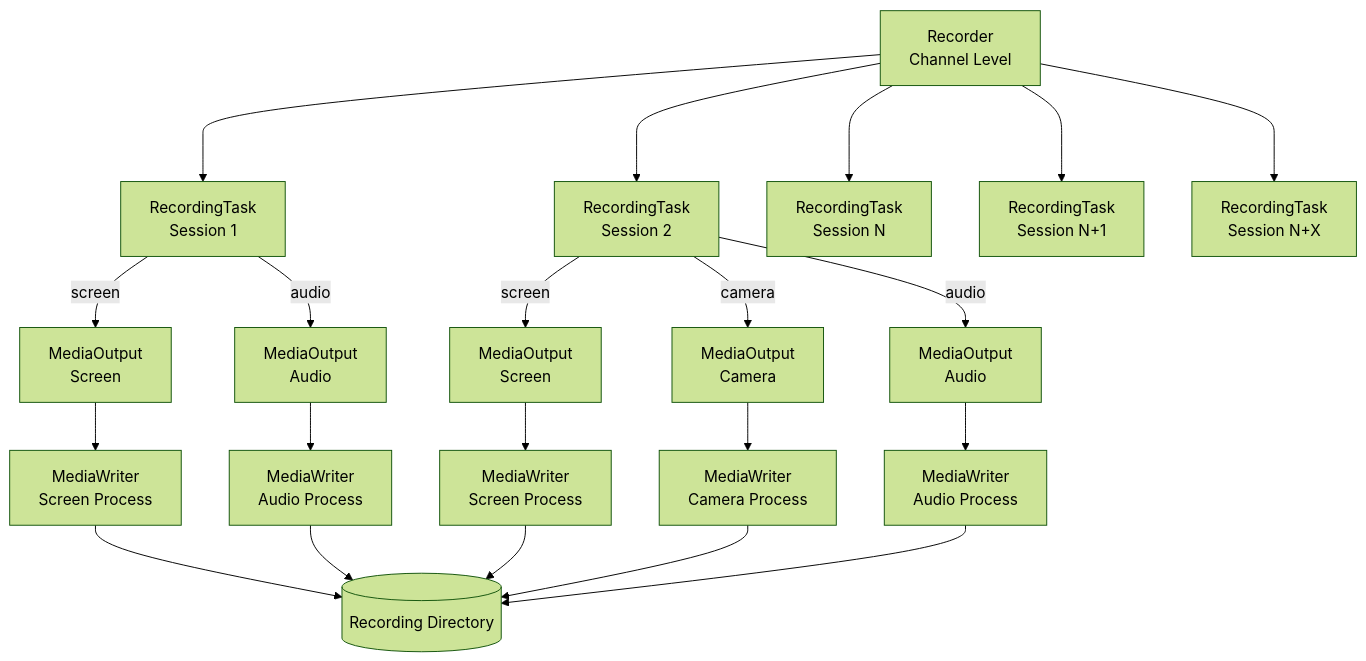
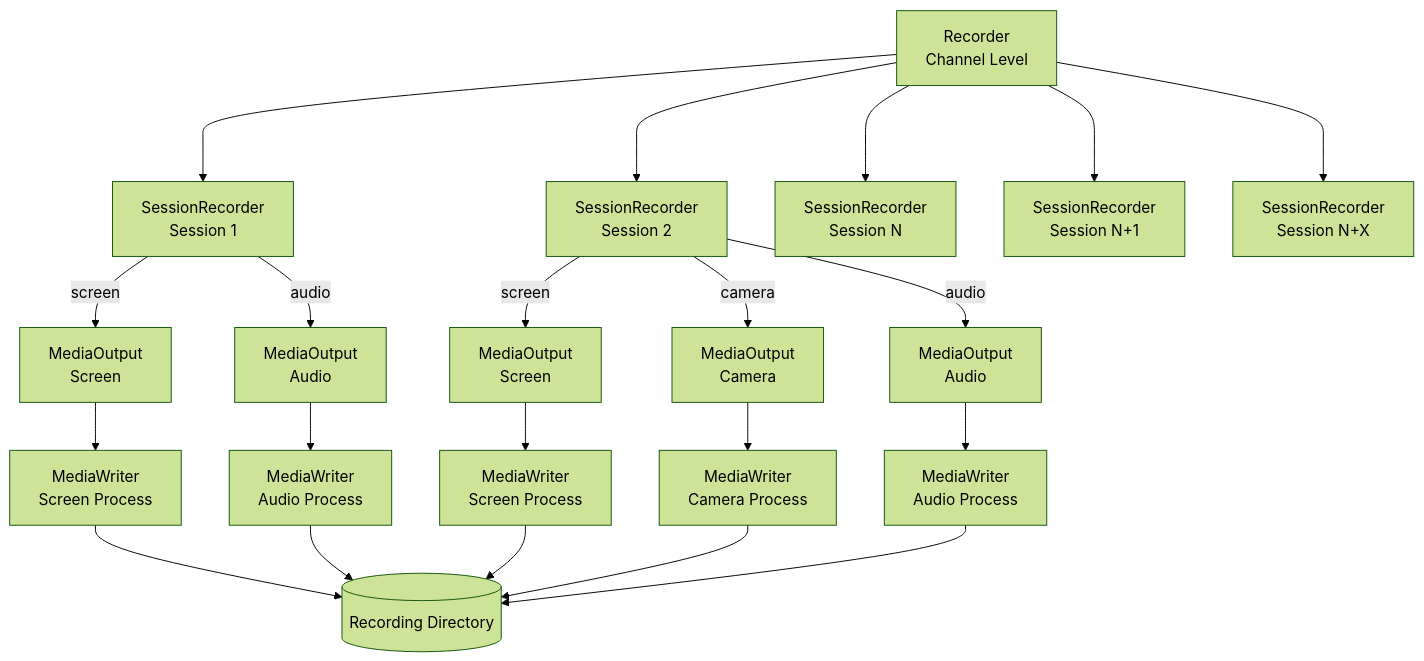
The diagram in doc/recording.md (odoo/sfu), drawn with Mermaid (forest theme) before and after one commit. The commit also changed other lines of this file and 2 other files, not shown here.

Commit message:
[REF] rename recordingTask to sessionRecorder

````diff
--- a/doc/recording.md
+++ b/doc/recording.md
@@ -14,21 +14,21 @@
 ```mermaid
 flowchart TB
    
-    R["Recorder <br> Channel Level"] ---> RT1["RecordingTask <br> Session 1"] & RT2["RecordingTask <br> Session 2"]
-    R ---> RTN["RecordingTask <br> Session N"] & RTN1["RecordingTask <br> Session N+1"] & RTN0["RecordingTask <br> Session N+X"]
+    R["Recorder <br> Channel Level"] ---> RT1["SessionRecorder <br> Session 1"] & RT2["SessionRecorder <br> Session 2"]
+    R ---> RTN["SessionRecorder <br> Session N"] & RTN1["SessionRecorder <br> Session N+1"] & RTN0["SessionRecorder <br> Session N+X"]
     RT1 -- audio --> MOA1["MediaOutput <br> Audio"]
     RT1 -- screen --> MOS1["MediaOutput <br> Screen"]
     RT2 -- screen --> MOS2["MediaOutput <br> Screen"]
     RT2 -- camera --> MOC2["MediaOutput <br> Camera"]
     RT2 -- audio --> MOA2["MediaOutput <br> Audio"]
     MOA1 --> FFA1["MediaWriter <br> Audio Process"]
     MOS1 --> FFS1["MediaWriter <br> Screen Process"]
     MOA2 --> FFA2["MediaWriter <br> Audio Process"]
     MOS2 --> FFS2["MediaWriter <br> Screen Process"]
     MOC2 --> FFC2["MediaWriter <br> Camera Process"]
     FFS1 --> DIR[("Recording Directory")]
     FFA1 --> DIR
     FFS2 --> DIR
     FFC2 --> DIR
     FFA2 --> DIR
 ```
````
